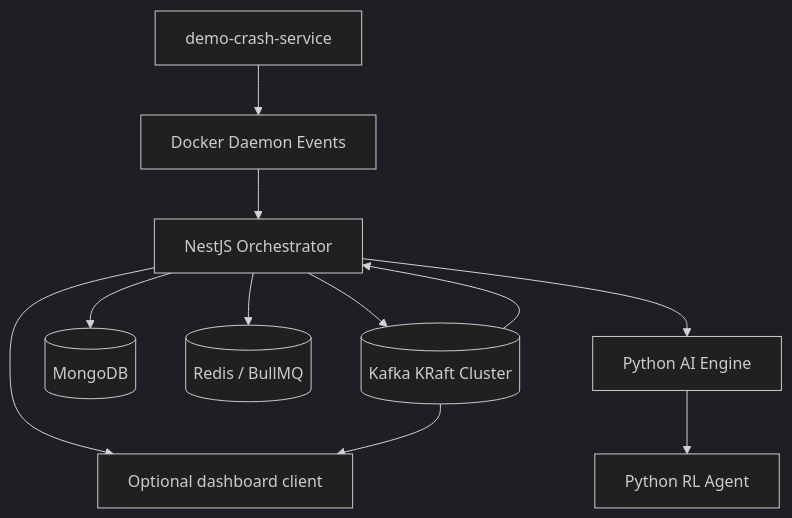
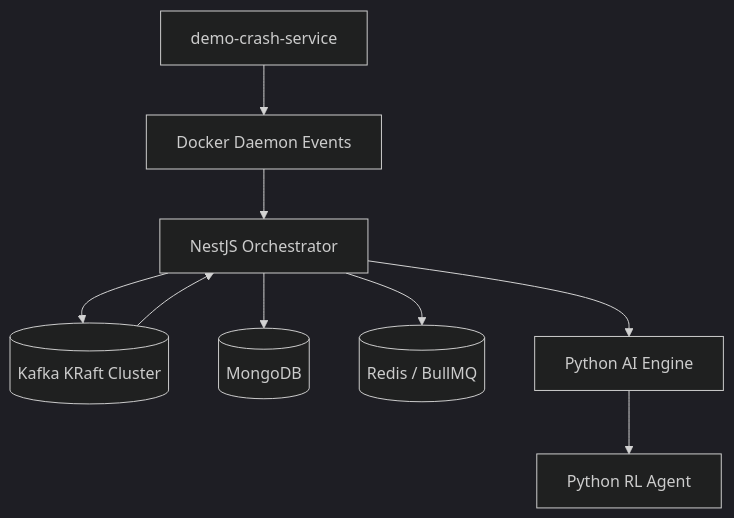
Before and after one commit to Tusharxhub/aegis: the first of 2 diagrams in Readme.md, drawn with Mermaid (dark theme). The commit also changed other lines of this file and 13 other files, not shown here.

````diff
--- a/Readme.md
+++ b/Readme.md
@@ -54,23 +54,20 @@
 ```mermaid
 graph TD
     Docker[Docker Daemon Events]
     Backend[NestJS Orchestrator]
     Kafka[(Kafka KRaft Cluster)]
     Mongo[(MongoDB)]
     Redis[(Redis / BullMQ)]
     AI[Python AI Engine]
     RL[Python RL Agent]
     Crash[demo-crash-service]
-    UI[Optional dashboard client]
 
     Crash --> Docker
     Docker --> Backend
     Backend --> Kafka
     Backend --> Mongo
     Backend --> Redis
     Kafka --> Backend
     Backend --> AI
     AI --> RL
-    Backend --> UI
-    Kafka --> UI
 ```
````
